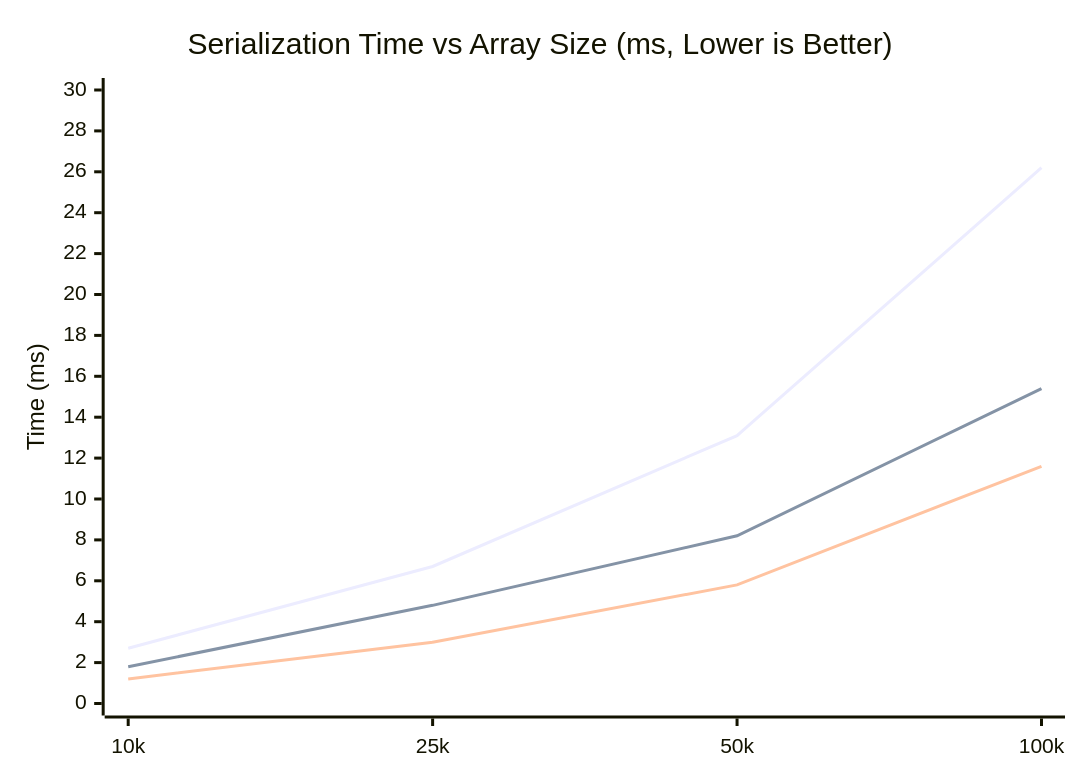
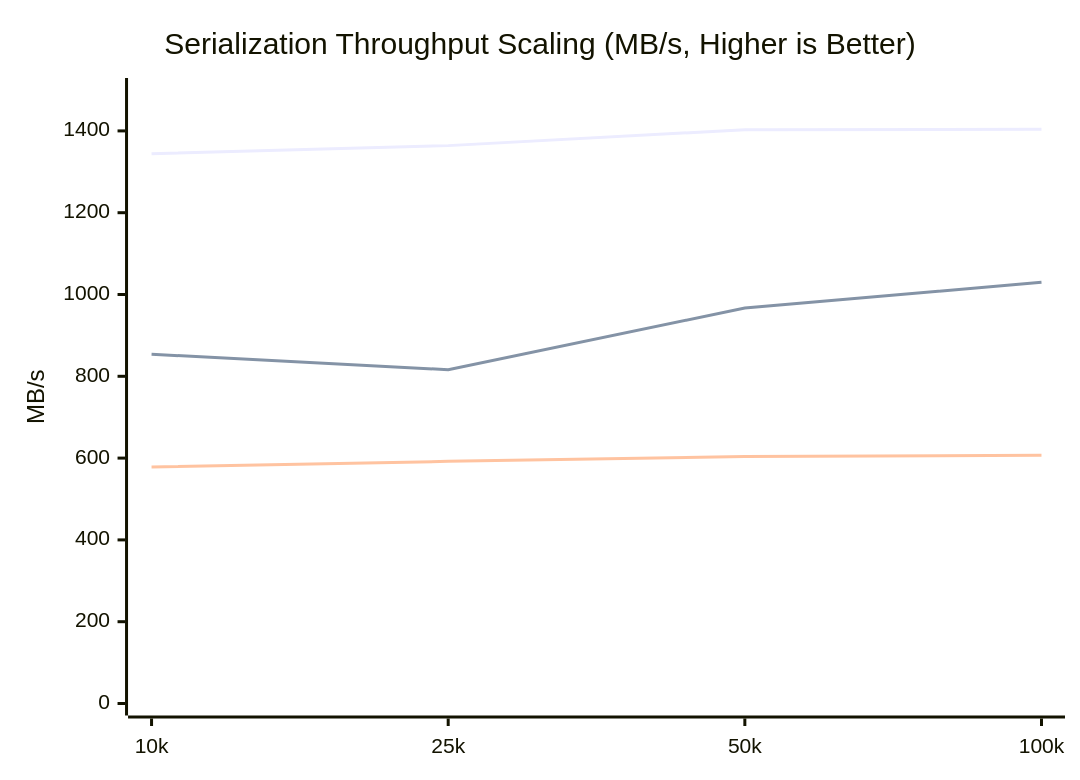
The fourth of 5 diagrams in README.md (GenshIv/silentjson), drawn with Mermaid before and after one commit. The commit also changed other lines of this file, not shown here.

Commit message:
docs: update README benchmarks to reflect throughput (MB/s) instead of latency (ms)

````diff
--- a/README.md
+++ b/README.md
@@ -89,9 +93,9 @@
 ```mermaid
 xychart-beta
-    title "Serialization Time vs Array Size (ms, Lower is Better)"
+    title "Serialization Throughput Scaling (MB/s, Higher is Better)"
     x-axis ["10k", "25k", "50k", "100k"]
-    y-axis "Time (ms)" 0 --> 30
-    line "Standard" [2.7, 6.7, 13.1, 26.2]
-    line "Sonic" [1.8, 4.8, 8.2, 15.4]
-    line "SilentJSON" [1.2, 3.0, 5.8, 11.6]
+    y-axis "MB/s" 0 --> 1500
+    line "SilentJSON" [1344, 1364, 1403, 1404]
+    line "Sonic" [854, 816, 967, 1030]
+    line "Standard" [578, 592, 604, 607]
 ```
````
